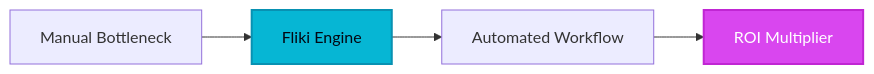
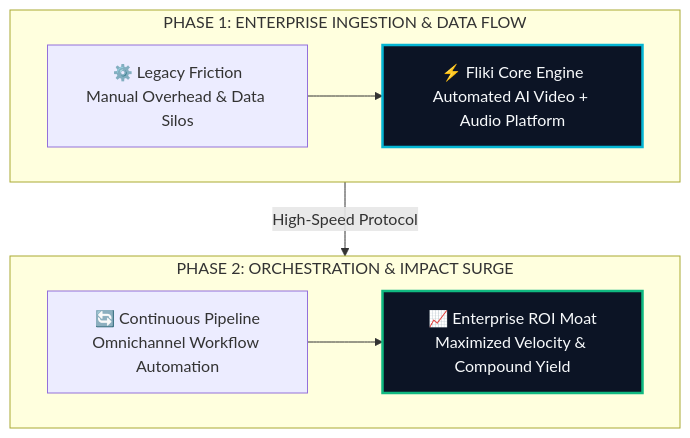
The diagram in site/src/content/blog/fliki-ai-evolution-guide-2026.md (heliatech-media/saas-radar), drawn with Mermaid before and after one commit. The commit also changed 97 other files, not shown here.

First line of the commit message:
feat(diagrams): upgrade all article architecture schemas to high-impact 2-tier responsive vector blueprints

````diff
--- a/site/src/content/blog/fliki-ai-evolution-guide-2026.md
+++ b/site/src/content/blog/fliki-ai-evolution-guide-2026.md
@@ -52,8 +52,14 @@
 ```mermaid
-flowchart LR
-    A[Manual Bottleneck] --> B[Fliki Engine]
-    B --> C[Automated Workflow]
-    C --> D[ROI Multiplier]
-    style B fill:#06b6d4,stroke:#0891b2,stroke-width:2px,color:#030712
-    style D fill:#d946ef,stroke:#c026d3,stroke-width:2px,color:#ffffff
+flowchart TD
+    subgraph S1["PHASE 1: ENTERPRISE INGESTION & DATA FLOW"]
+        direction LR
+        A["⚙️ Legacy Friction<br/>Manual Overhead & Data Silos"] --> B["⚡ Fliki Core Engine<br/>Automated AI Video + Audio Platform"]
+    end
+    subgraph S2["PHASE 2: ORCHESTRATION & IMPACT SURGE"]
+        direction LR
+        C["🔄 Continuous Pipeline<br/>Omnichannel Workflow Automation"] --> D["📈 Enterprise ROI Moat<br/>Maximized Velocity & Compound Yield"]
+    end
+    S1 -->|High-Speed Protocol| S2
+    style B fill:#0c1425,stroke:#06b6d4,stroke-width:2.5px,color:#f8fafc
+    style D fill:#0c1425,stroke:#10b981,stroke-width:2.5px,color:#f8fafc
 ```
````
